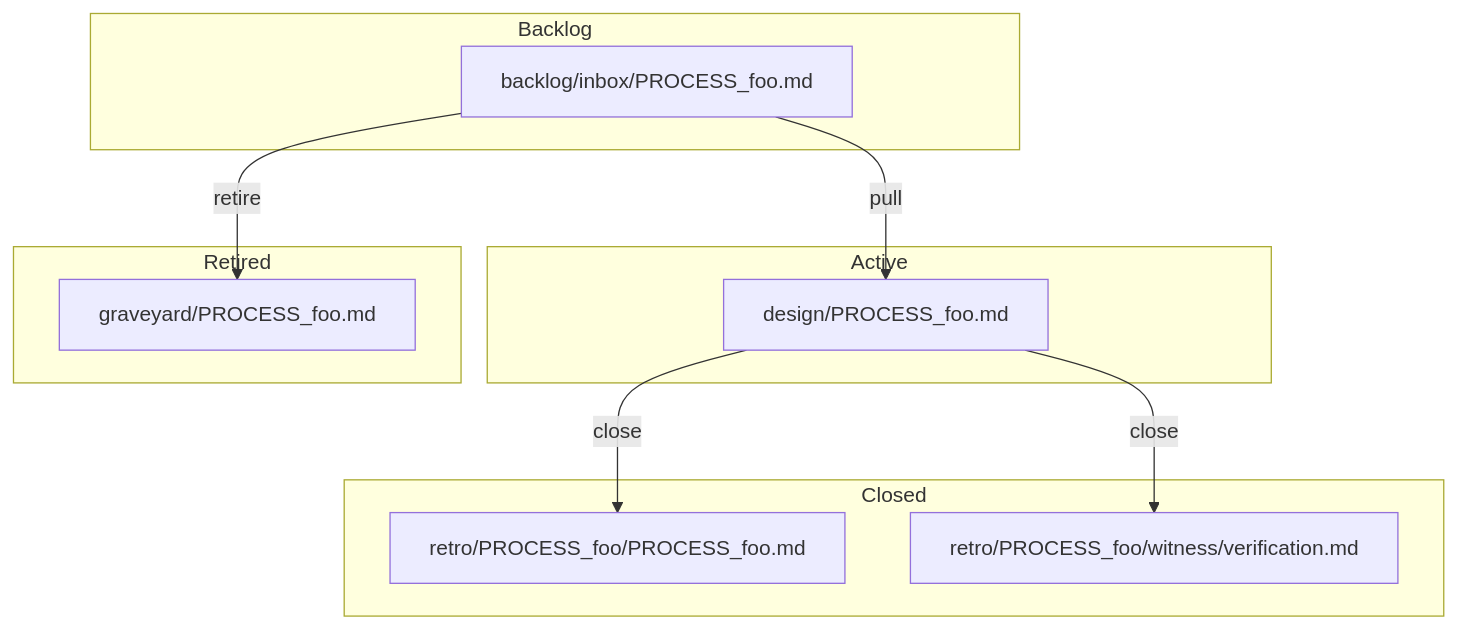
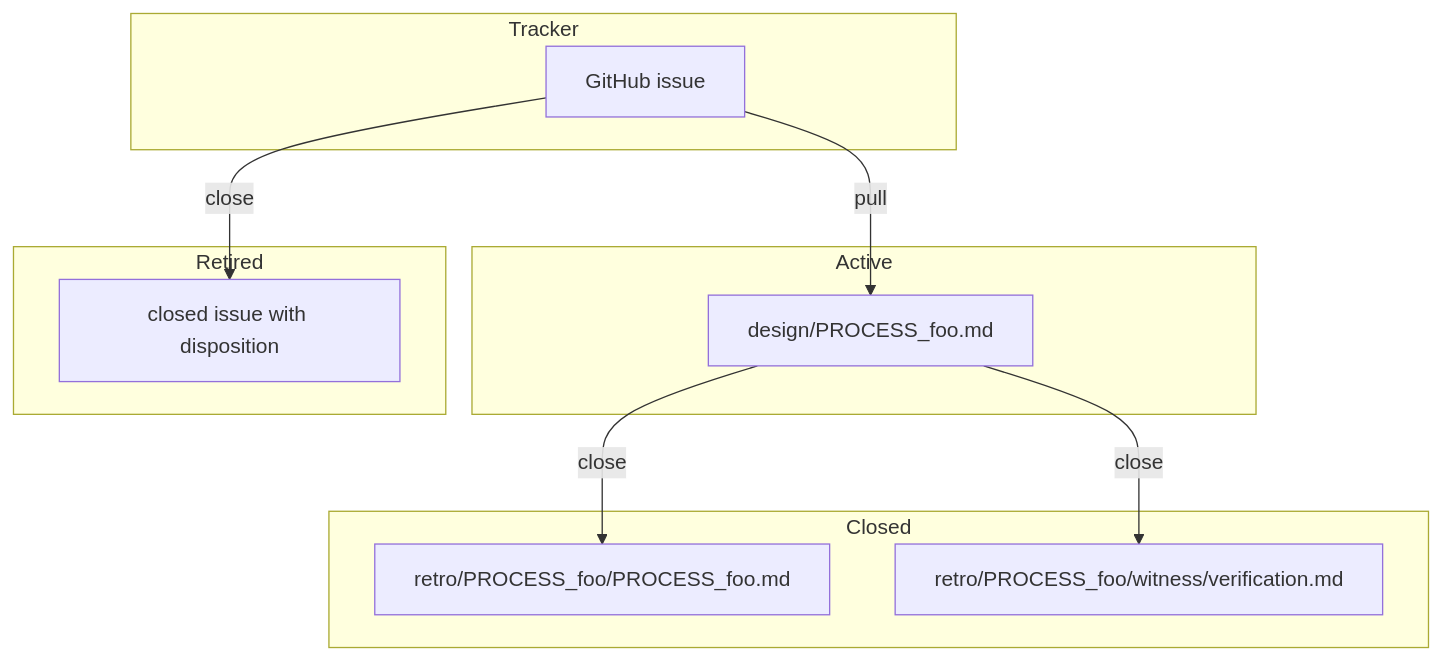
One commit to flyingrobots/method changed the fourth of 5 diagrams in docs/GUIDE.md. Above: the diagram before and after it, drawn with Mermaid. The commit also changed other lines of this file and 9 other files, not shown here.

Commit message:
docs: make GitHub Issues the Method work tracker

````diff
--- a/docs/GUIDE.md
+++ b/docs/GUIDE.md
@@ -85,24 +85,24 @@
 ```mermaid
 flowchart TD
-    subgraph Backlog
-        BI[backlog/inbox/PROCESS_foo.md]
+    subgraph Tracker
+        I[GitHub issue]
     end
 
     subgraph Active
         DD[design/PROCESS_foo.md]
     end
 
     subgraph Closed
         RD[retro/PROCESS_foo/PROCESS_foo.md]
         W[retro/PROCESS_foo/witness/verification.md]
     end
 
     subgraph Retired
-        GY[graveyard/PROCESS_foo.md]
+        C[closed issue with disposition]
     end
 
-    BI -->|pull| DD
+    I -->|pull| DD
     DD -->|close| RD
     DD -->|close| W
-    BI -->|retire| GY
+    I -->|close| C
 ```
````
